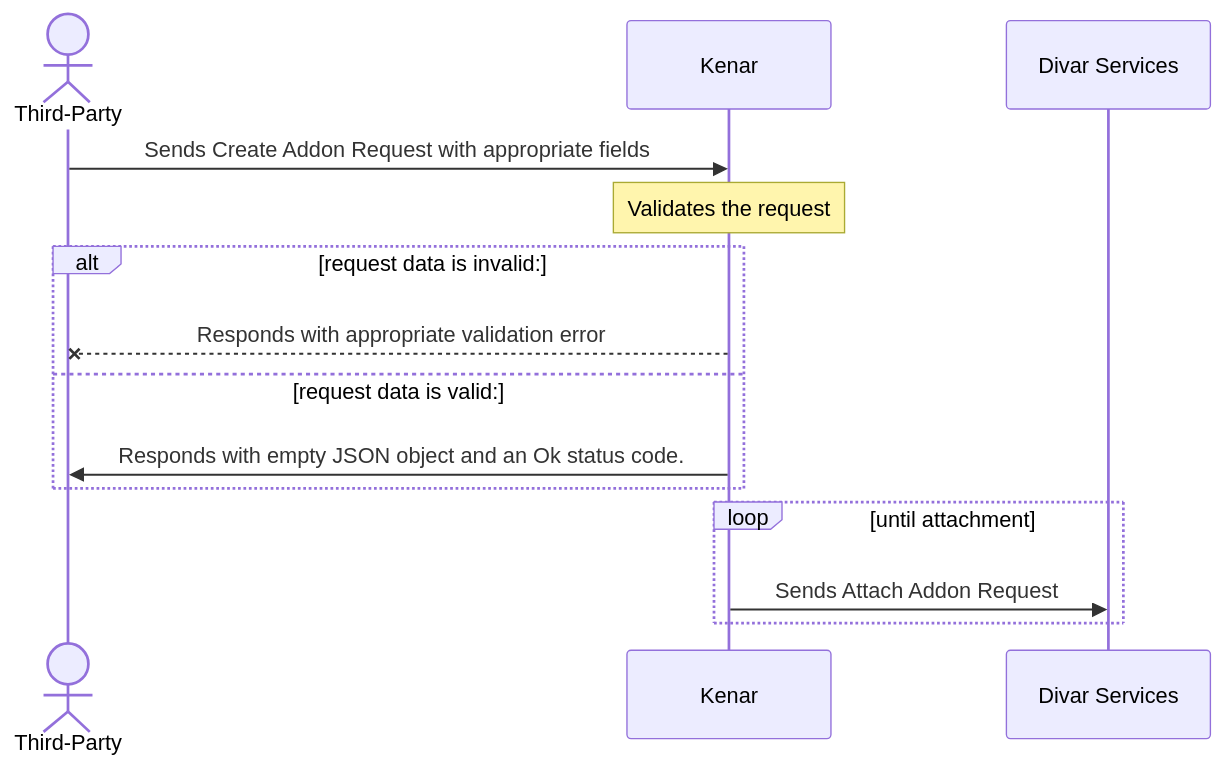
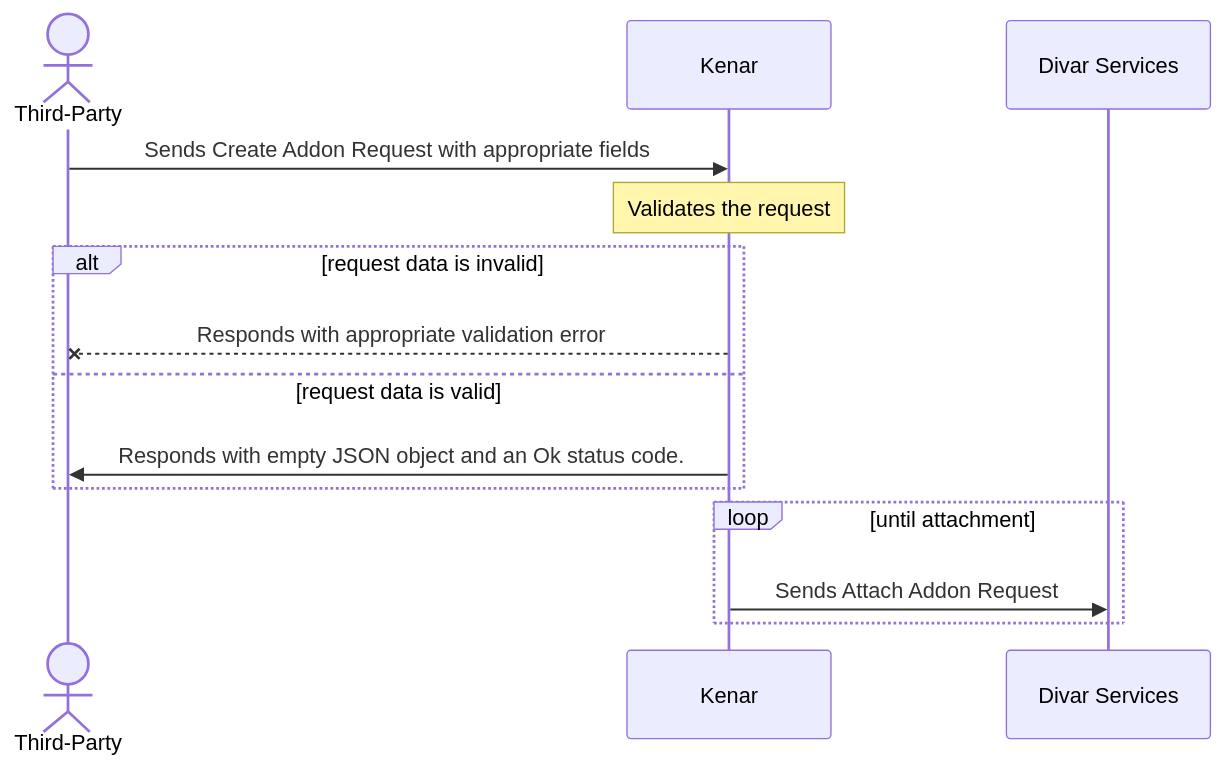
One commit to divar-ir/kenar-docs changed the diagram in addons/create.md. Above: the diagram before and after it, drawn with Mermaid.

````diff
--- a/addons/create.md
+++ b/addons/create.md
@@ -63,16 +63,16 @@
 ```mermaid
 sequenceDiagram
     actor Third-Party
     participant Kenar
     participant Divar Services
     Third-Party->>Kenar: Sends Create Addon Request with appropriate fields
     Note over Kenar: Validates the request
-    alt request data is invalid:
+    alt request data is invalid
         Kenar--x Third-Party: Responds with appropriate validation error
-    else request data is valid:
+    else request data is valid
         Kenar->> Third-Party: Responds with empty JSON object and an Ok status code.
     end
     loop until attachment
         Kenar->>Divar Services: Sends Attach Addon Request
     end
 ```
````
